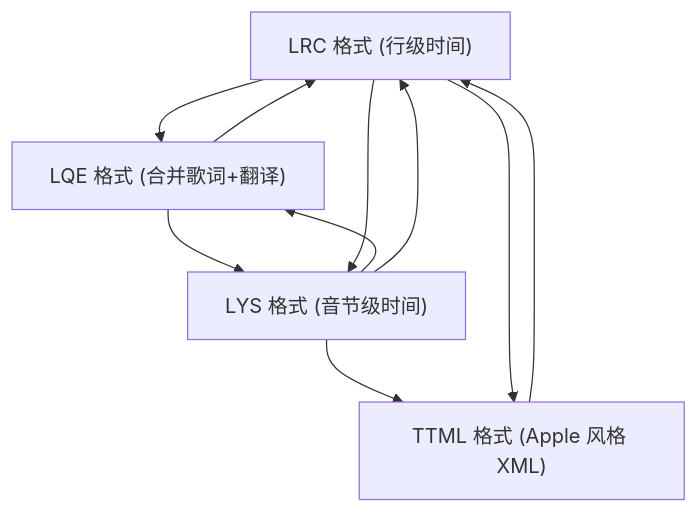
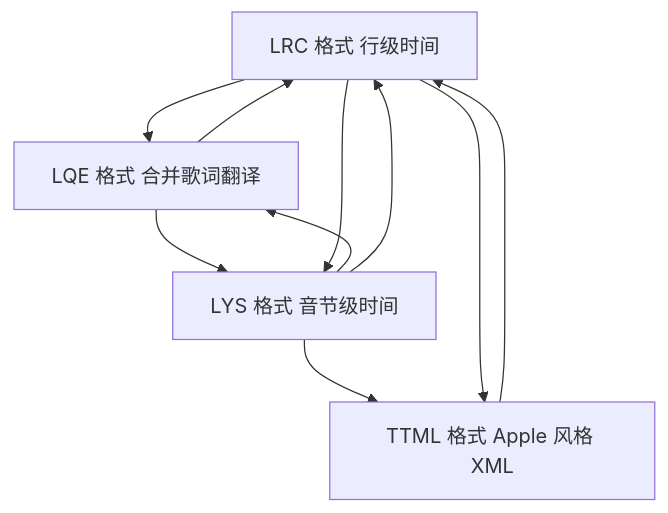
Before and after one commit to HKLHaoBin/LyricSphere: diagram 30 of 44 in README.md, drawn with Mermaid. The commit also changed other lines of this file, not shown here.

First line of the commit message:
docs: 更新流程图中的文本格式和结构

````diff
--- a/README.md
+++ b/README.md
@@ -3151,16 +3149,18 @@
 ```mermaid
 flowchart TD
-LRC["LRC 格式 (行级时间)"]
-LYS["LYS 格式 (音节级时间)"]
-TTML["TTML 格式 (Apple 风格 XML)"]
-LQE["LQE 格式 (合并歌词+翻译)"]
-LYS --> TTML
-LRC --> TTML
-LYS --> LQE
-LRC --> LQE
-LQE --> LYS
-LQE --> LRC
-TTML --> LRC
-LYS --> LRC
-LRC --> LYS
+    LRC["LRC 格式 行级时间"]
+    LYS["LYS 格式 音节级时间"]
+    TTML["TTML 格式 Apple 风格 XML"]
+    LQE["LQE 格式 合并歌词翻译"]
+
+    LYS --> TTML
+    LRC --> TTML
+    LYS --> LQE
+    LRC --> LQE
+    LQE --> LYS
+    LQE --> LRC
+    TTML --> LRC
+    LYS --> LRC
+    LRC --> LYS
+
 ```
````
